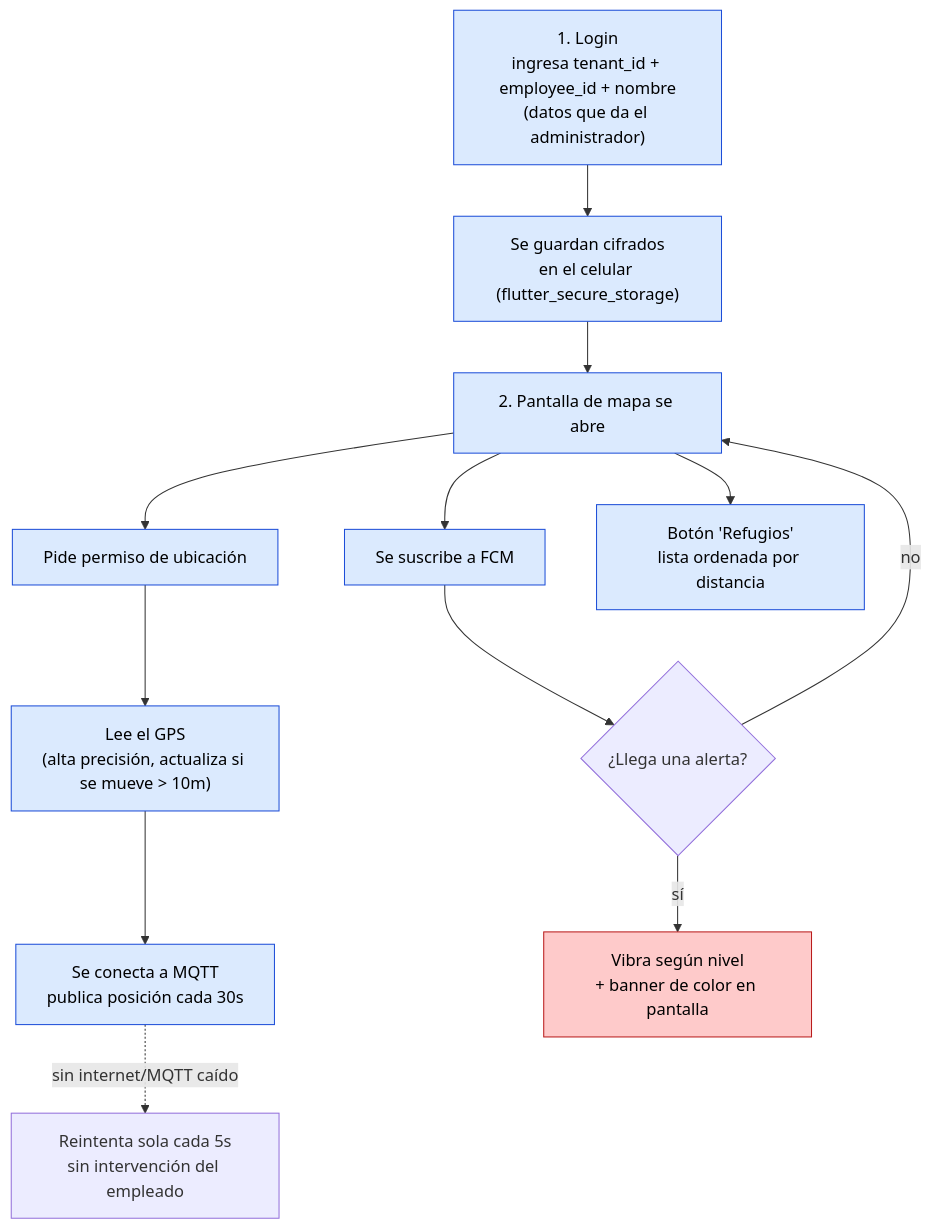
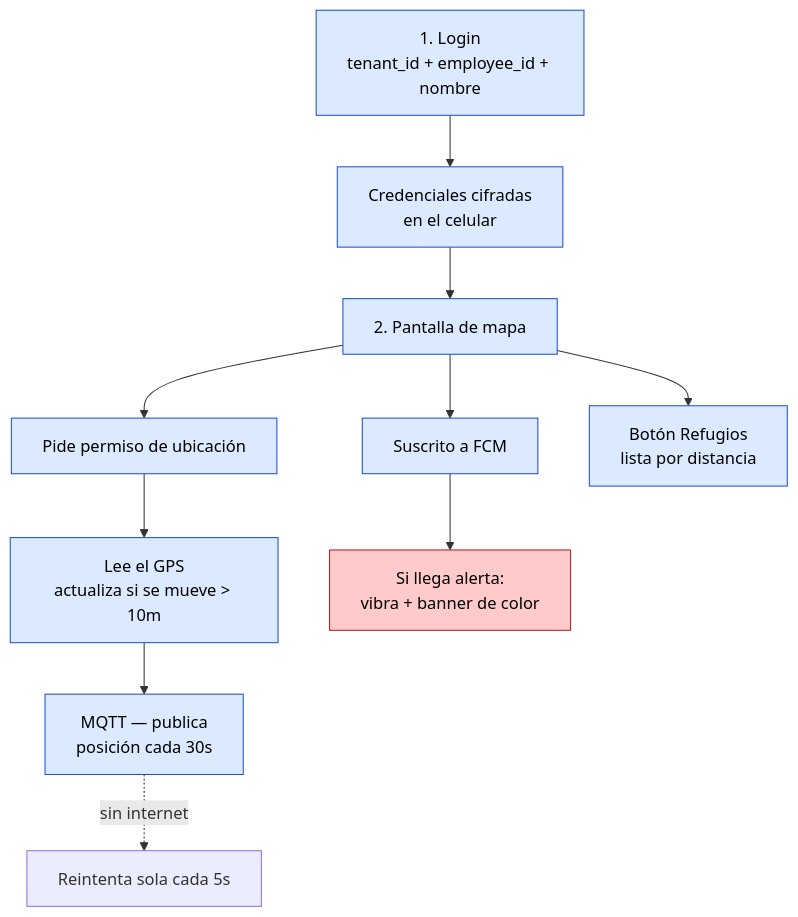
Before and after one commit to csotelo/cimbra: diagram 15 of 17 in README.md, drawn with Mermaid. The commit also changed other lines of this file, not shown here.

First line of the commit message:
fix: eliminar subgraphs y patrones de alto riesgo en diagramas Mermaid

````diff
--- a/README.md
+++ b/README.md
@@ -858,20 +845,17 @@
 ```mermaid
 flowchart TD
-    A["1. Login<br/>ingresa tenant_id + employee_id + nombre<br/>(datos que da el administrador)"] --> B["Se guardan cifrados<br/>en el celular (flutter_secure_storage)"]
-    B --> C["2. Pantalla de mapa se abre"]
+    A["1. Login<br/>tenant_id + employee_id + nombre"] --> B["Credenciales cifradas<br/>en el celular"]
+    B --> C["2. Pantalla de mapa"]
     C --> D["Pide permiso de ubicación"]
-    D --> E["Lee el GPS<br/>(alta precisión, actualiza si se mueve > 10m)"]
-    E --> F["Se conecta a MQTT<br/>publica posición cada 30s"]
-    C --> G["Se suscribe a FCM"]
-    G --> H{"¿Llega una alerta?"}
-    H -->|"sí"| I["Vibra según nivel<br/>+ banner de color en pantalla"]
-    H -->|"no"| C
-    C --> J["Botón 'Refugios'<br/>lista ordenada por distancia"]
-
-    F -.->|"sin internet/MQTT caído"| K["Reintenta sola cada 5s<br/>sin intervención del empleado"]
+    D --> E["Lee el GPS<br/>actualiza si se mueve > 10m"]
+    E --> F["MQTT — publica<br/>posición cada 30s"]
+    C --> G["Suscrito a FCM"]
+    G --> H["Si llega alerta:<br/>vibra + banner de color"]
+    C --> J["Botón Refugios<br/>lista por distancia"]
+    F -.->|"sin internet"| K["Reintenta sola cada 5s"]
 
     classDef accion fill:#dbeafe,stroke:#1d4ed8,color:#000
     classDef alerta fill:#fecaca,stroke:#b91c1c,color:#000
-    class I alerta
+    class H alerta
     class A,B,C,D,E,F,G,J accion
 ```
````
